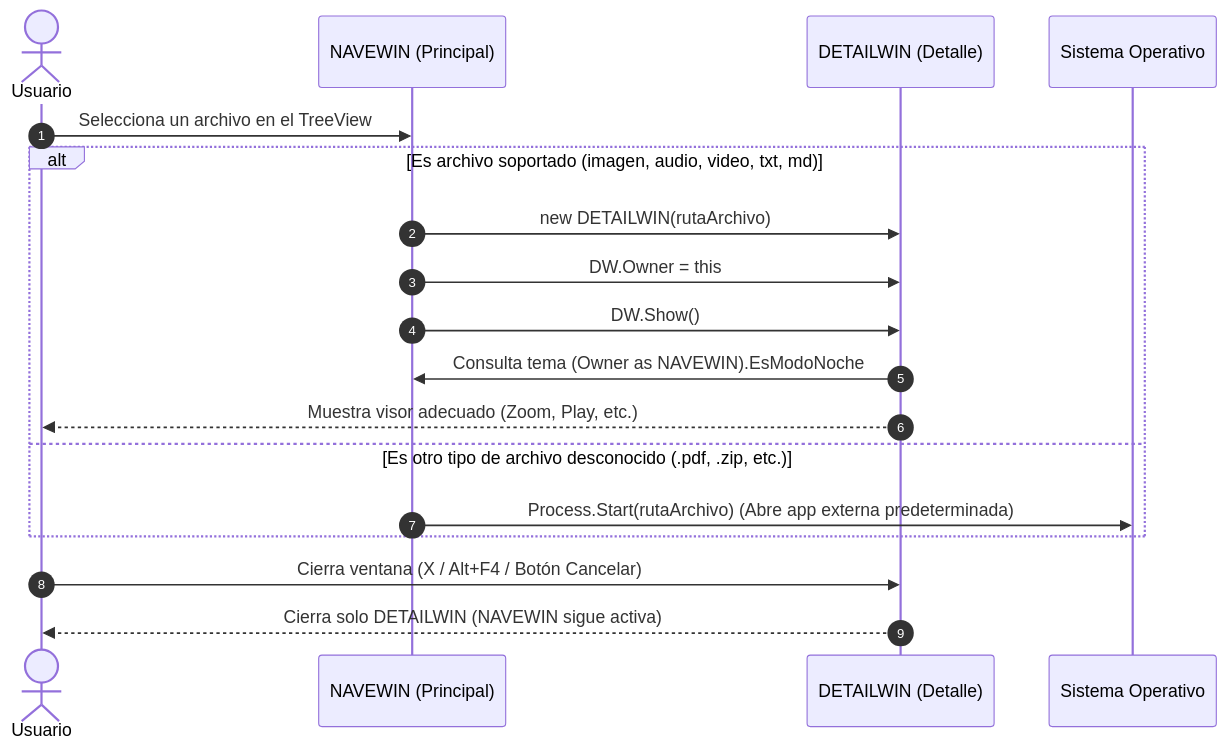
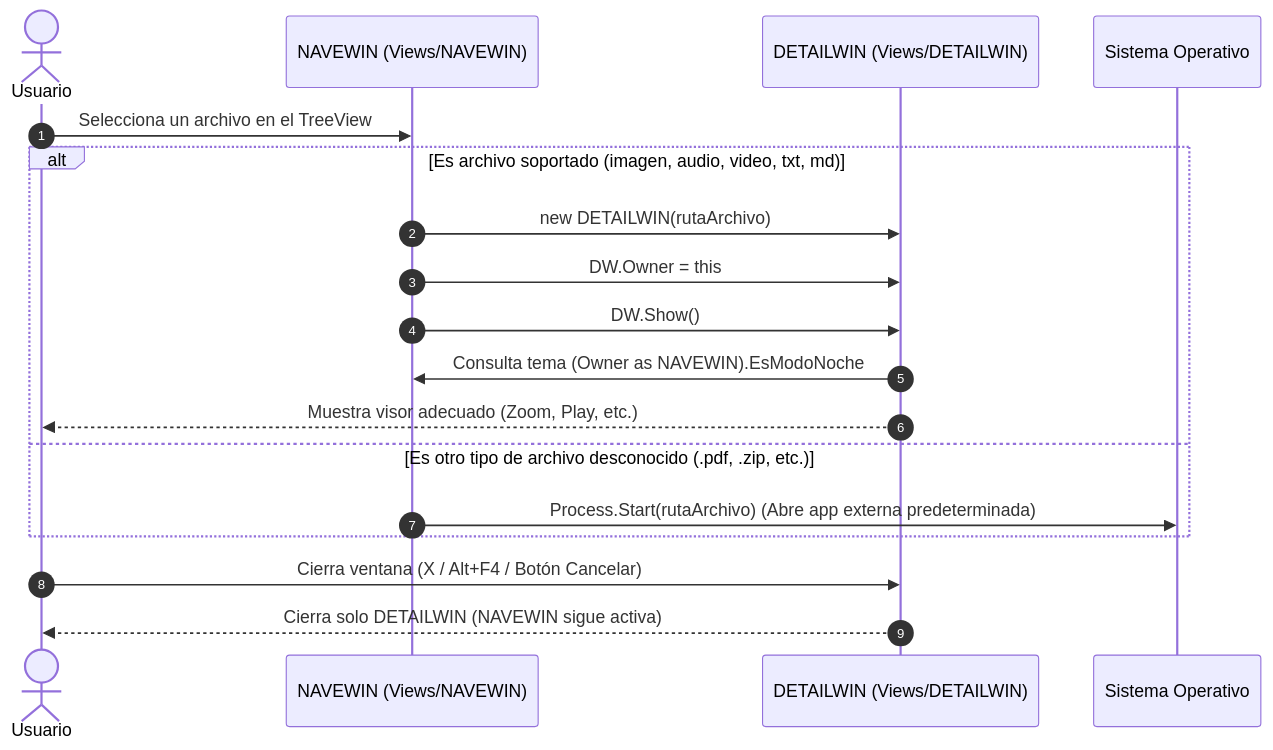
The second of 2 diagrams in README.md (guillermoalbercatorres/VIS02_GALERIA_MULTIMEDIA), drawn with Mermaid before and after one commit. The commit also changed other lines of this file and 5 other files, not shown here.

````diff
--- a/README.md
+++ b/README.md
@@ -71,22 +67,22 @@
 ```mermaid
 sequenceDiagram
     autonumber
     actor Usuario
-    participant NW as NAVEWIN (Principal)
-    participant DW as DETAILWIN (Detalle)
+    participant NW as NAVEWIN (Views/NAVEWIN)
+    participant DW as DETAILWIN (Views/DETAILWIN)
     participant SO as Sistema Operativo
 
     Usuario->>NW: Selecciona un archivo en el TreeView
     alt Es archivo soportado (imagen, audio, video, txt, md)
         NW->>DW: new DETAILWIN(rutaArchivo)
         NW->>DW: DW.Owner = this
         NW->>DW: DW.Show()
         DW->>NW: Consulta tema (Owner as NAVEWIN).EsModoNoche
         DW-->>Usuario: Muestra visor adecuado (Zoom, Play, etc.)
     else Es otro tipo de archivo desconocido (.pdf, .zip, etc.)
         NW->>SO: Process.Start(rutaArchivo) (Abre app externa predeterminada)
     end
 
     Usuario->>DW: Cierra ventana (X / Alt+F4 / Botón Cancelar)
     DW-->>Usuario: Cierra solo DETAILWIN (NAVEWIN sigue activa)
 ```
````
